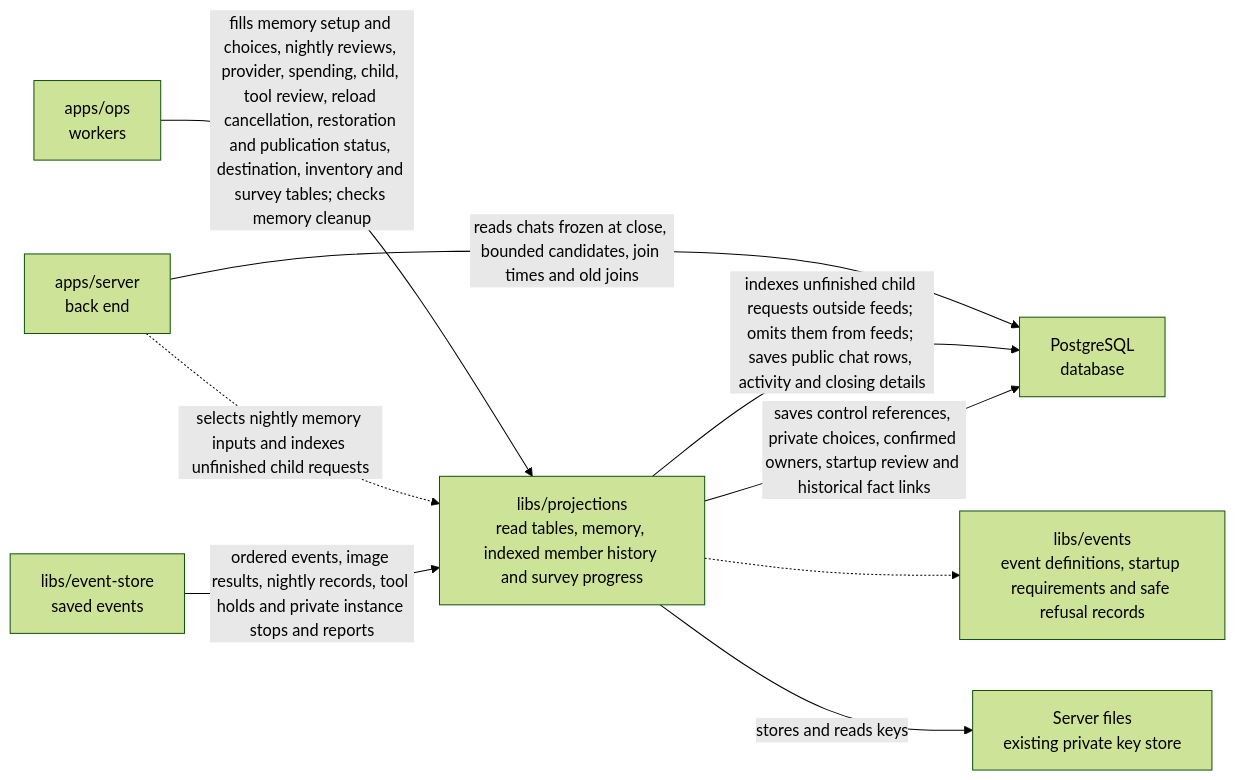
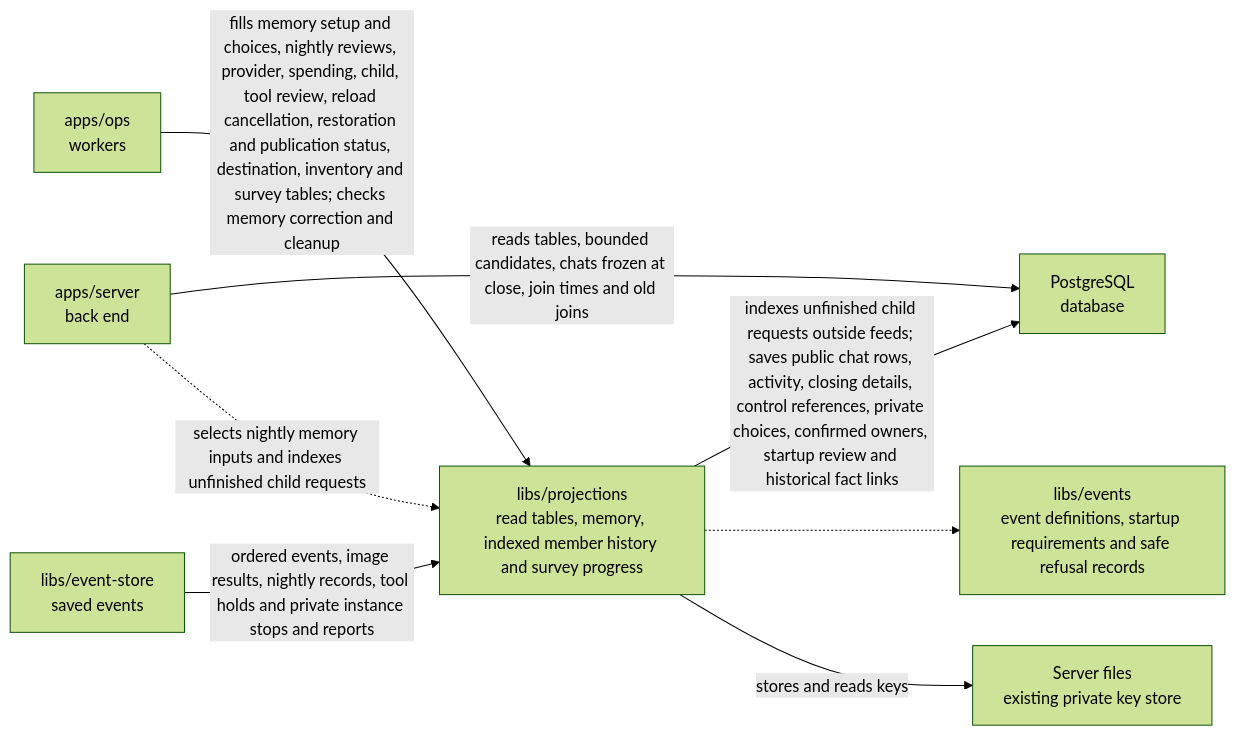
Before and after one commit to elewa-git/opencrane-new: the diagram in libs/projections/README.md, drawn with Mermaid (forest theme). The commit also changed other lines of this file and 24 other files, not shown here.

````diff
--- a/libs/projections/README.md
+++ b/libs/projections/README.md
@@ -23,11 +23,10 @@
 ```mermaid
 flowchart LR
-  ops["apps/ops<br/>workers"] -->|fills memory setup and choices, nightly reviews, provider, spending, child, tool review, reload cancellation, restoration and publication status, destination, inventory and survey tables; checks memory cleanup| projections["libs/projections<br/>read tables, memory, indexed member history and survey progress"]
-  server["apps/server<br/>back end"] -->|reads chats frozen at close, bounded candidates, join times and old joins| pg["PostgreSQL<br/>database"]
-  projections -->|indexes unfinished child requests outside feeds; omits them from feeds; saves public chat rows, activity and closing details| pg
-  projections -->|saves control references, private choices, confirmed owners, startup review and historical fact links| pg
+  ops["apps/ops<br/>workers"] -->|fills memory setup and choices, nightly reviews, provider, spending, child, tool review, reload cancellation, restoration and publication status, destination, inventory and survey tables; checks memory correction and cleanup| projections["libs/projections<br/>read tables, memory, indexed member history and survey progress"]
+  server["apps/server<br/>back end"] -->|reads tables, bounded candidates, chats frozen at close, join times and old joins| pg["PostgreSQL<br/>database"]
+  projections -->|indexes unfinished child requests outside feeds; saves public chat rows, activity, closing details, control references, private choices, confirmed owners, startup review and historical fact links| pg
   store["libs/event-store<br/>saved events"] -->|ordered events, image results, nightly records, tool holds and private instance stops and reports| projections
   server -.->|selects nightly memory inputs and indexes unfinished child requests| projections
   projections -.-> events["libs/events<br/>event definitions, startup requirements and safe refusal records"]
   projections -->|stores and reads keys| keys["Server files<br/>existing private key store"]
 ```
````
